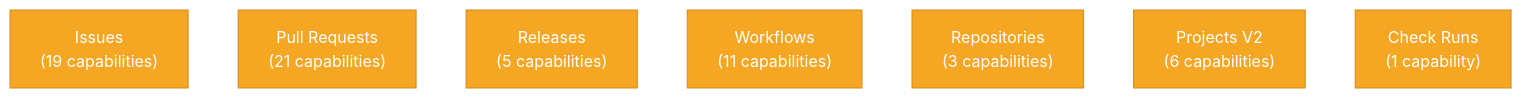
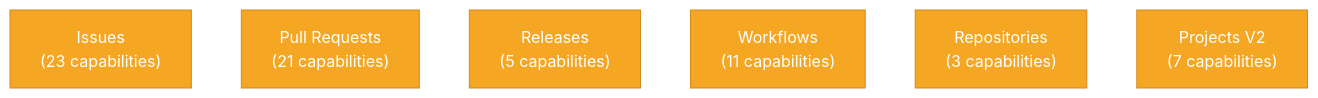
One commit to aryeko/ghx-router changed the diagram in docs/capabilities/README.md. Above: the diagram before and after it, drawn with Mermaid. The commit also changed other lines of this file, not shown here.

First line of the commit message:
docs(capabilities): fix stale capability IDs after PR #58 namespace rename

````diff
--- a/docs/capabilities/README.md
+++ b/docs/capabilities/README.md
@@ -11,19 +11,17 @@
 ```mermaid
 %%{init: {'theme': 'base', 'themeVariables': {'primaryColor': '#F5A623', 'primaryTextColor': '#fff', 'primaryBorderColor': '#D4891A', 'lineColor': '#666'}}}%%
 graph TB
-    Issues["Issues<br/>(19 capabilities)"]
+    Issues["Issues<br/>(23 capabilities)"]
     PRs["Pull Requests<br/>(21 capabilities)"]
     Releases["Releases<br/>(5 capabilities)"]
     Workflows["Workflows<br/>(11 capabilities)"]
     Repos["Repositories<br/>(3 capabilities)"]
-    Projects["Projects V2<br/>(6 capabilities)"]
-    CheckRuns["Check Runs<br/>(1 capability)"]
+    Projects["Projects V2<br/>(7 capabilities)"]
 
     style Issues fill:#F5A623
     style PRs fill:#F5A623
     style Releases fill:#F5A623
     style Workflows fill:#F5A623
     style Repos fill:#F5A623
     style Projects fill:#F5A623
-    style CheckRuns fill:#F5A623
 ```
````
